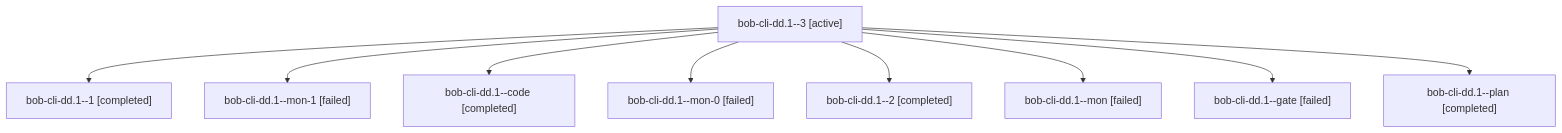
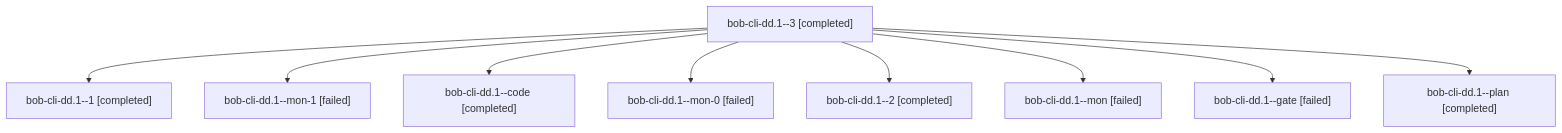
One commit to bobs-org/bob-cli--agents changed the diagram in sessions/bbugyi200.athena.bob-cli-dd.1.md. Above: the diagram before and after it, drawn with Mermaid. The commit also changed other lines of this file and 144 other files, not shown here.

````diff
--- a/sessions/bbugyi200.athena.bob-cli-dd.1.md
+++ b/sessions/bbugyi200.athena.bob-cli-dd.1.md
@@ -9,20 +9,20 @@
 ```mermaid
 flowchart TD
-  n0["bob-cli-dd.1--3 [active]"]
+  n0["bob-cli-dd.1--3 [completed]"]
   n1["bob-cli-dd.1--1 [completed]"]
   n0 --> n1
   n2["bob-cli-dd.1--mon-1 [failed]"]
   n0 --> n2
   n3["bob-cli-dd.1--code [completed]"]
   n0 --> n3
   n4["bob-cli-dd.1--mon-0 [failed]"]
   n0 --> n4
   n5["bob-cli-dd.1--2 [completed]"]
   n0 --> n5
   n6["bob-cli-dd.1--mon [failed]"]
   n0 --> n6
   n7["bob-cli-dd.1--gate [failed]"]
   n0 --> n7
   n8["bob-cli-dd.1--plan [completed]"]
   n0 --> n8
 ```
````
